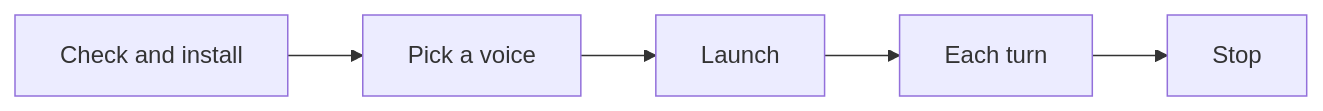
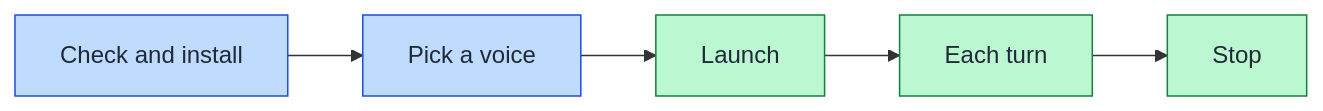
The diagram in docs/diagrams/pages/voice-chat.md (victusfate/scaffold), drawn with Mermaid before and after one commit. The commit also changed other lines of this file and 20 other files, not shown here.

First line of the commit message:
docs(diagram-explorer-md): lane colors from the diagram palette; short LLM block

````diff
--- a/docs/diagrams/pages/voice-chat.md
+++ b/docs/diagrams/pages/voice-chat.md
@@ -7,7 +7,11 @@
 ```mermaid
 flowchart LR
   n_check["Check and install"] --> n_voice["Pick a voice"]
   n_voice["Pick a voice"] --> n_launch["Launch"]
   n_launch["Launch"] --> n_turn["Each turn"]
   n_turn["Each turn"] --> n_stop["Stop"]
+  classDef lane0 fill:#bfdbfe,stroke:#1d4ed8,color:#1f2937
+  classDef lane1 fill:#bbf7d0,stroke:#15803d,color:#1f2937
+  class n_check,n_voice lane0
+  class n_launch,n_turn,n_stop lane1
 ```
````
